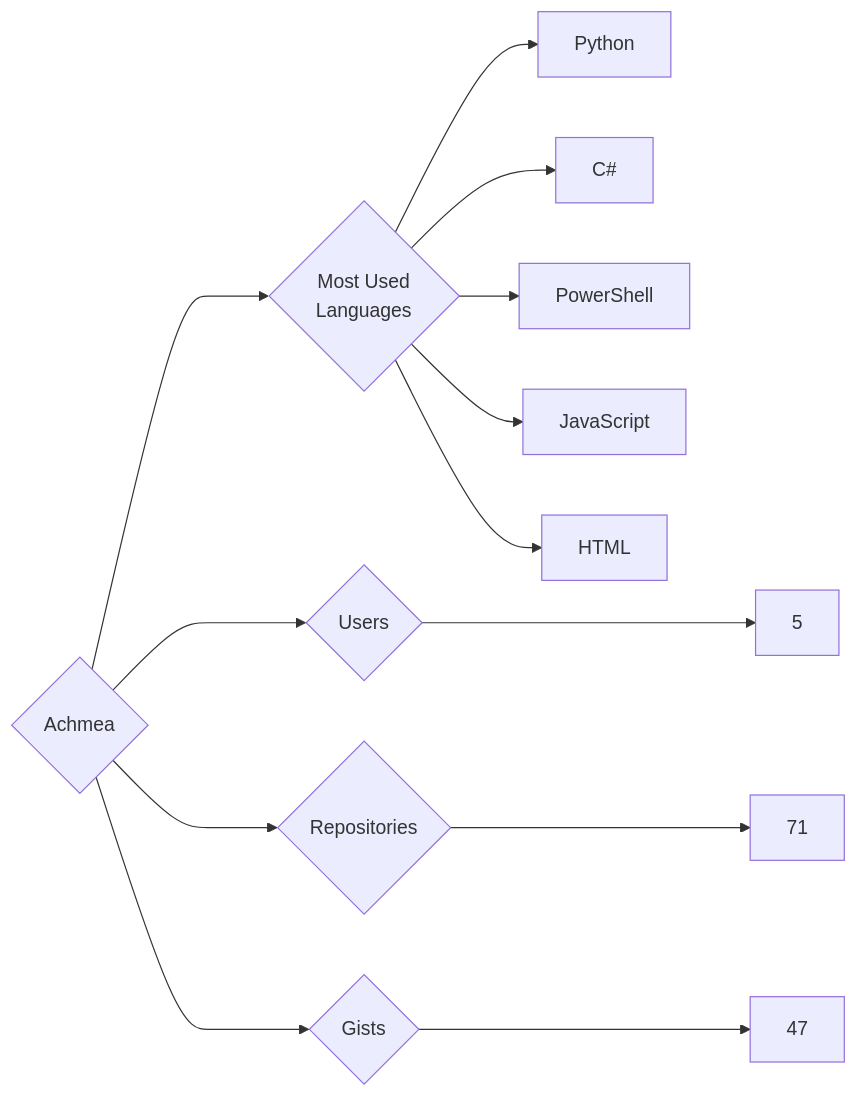
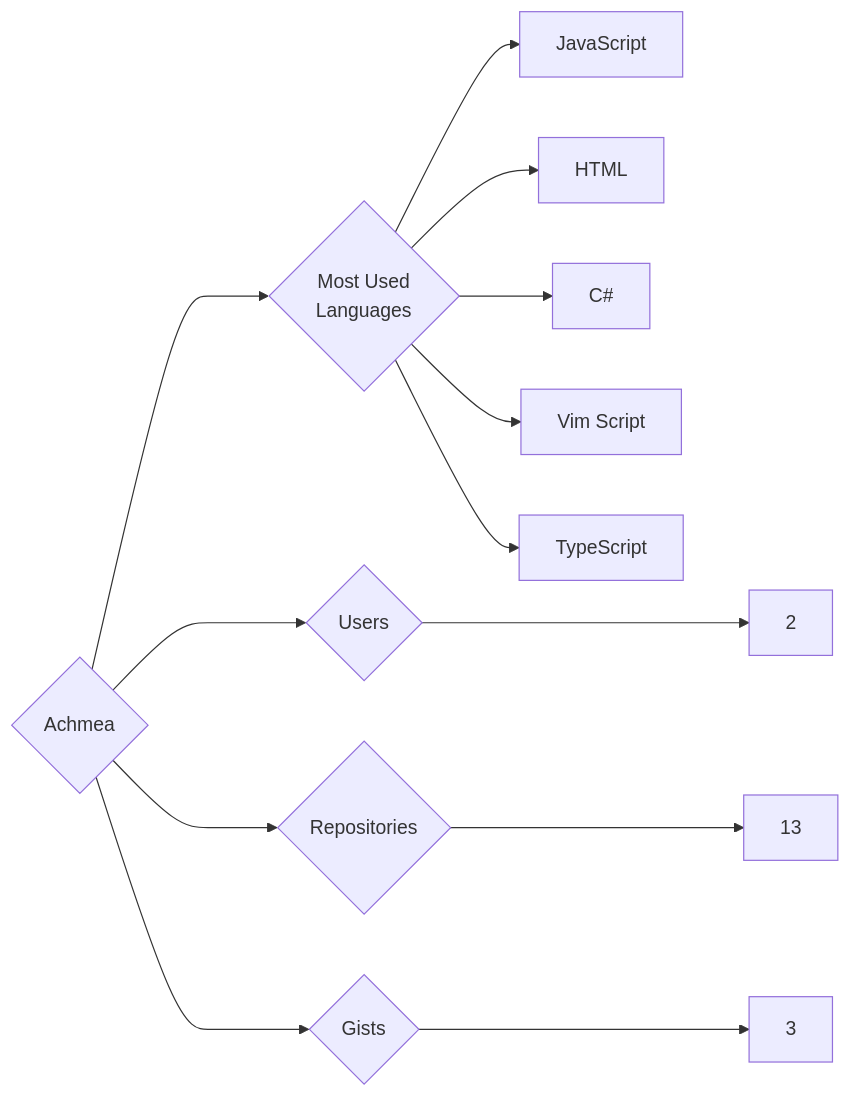
The diagram in targets/Achmea/README.md (trickest/insiders), drawn with Mermaid before and after one commit. The commit also changed 997 other files, not shown here.

````diff
--- a/targets/Achmea/README.md
+++ b/targets/Achmea/README.md
@@ -3,13 +3,13 @@
 ```mermaid
 graph LR
 COMPANY_NAME{Achmea}
-COMPANY_NAME ---> U{Users} ---> UN[5]
-COMPANY_NAME ---> R{Repositories} ---> RN[71]
-COMPANY_NAME ---> G{Gists} ---> GN[47]
+COMPANY_NAME ---> U{Users} ---> UN[2]
+COMPANY_NAME ---> R{Repositories} ---> RN[13]
+COMPANY_NAME ---> G{Gists} ---> GN[3]
 COMPANY_NAME ---> ML{Most Used<br>Languages}
-ML --> Python[Python]
-ML --> C#[C#]
-ML --> PowerShell[PowerShell]
 ML --> JavaScript[JavaScript]
 ML --> HTML[HTML]
+ML --> C#[C#]
+ML --> Vim_Script[Vim Script]
+ML --> TypeScript[TypeScript]
 ```
````
